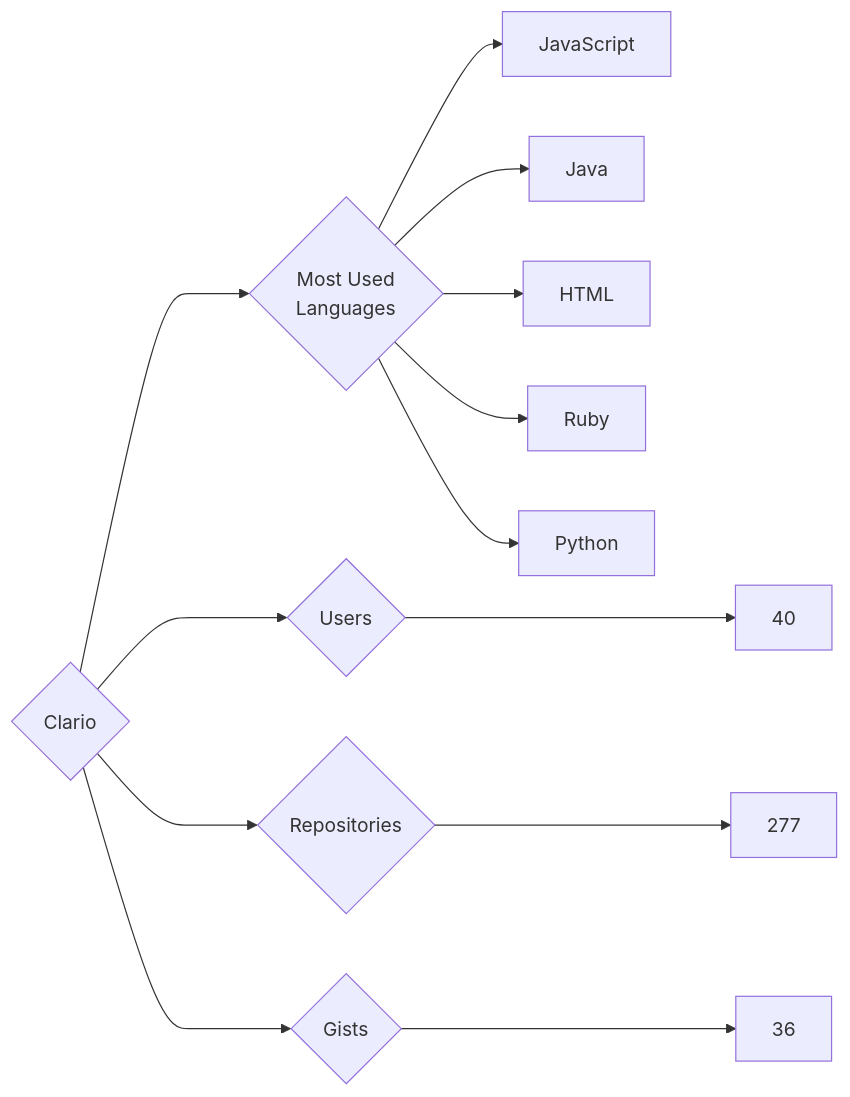
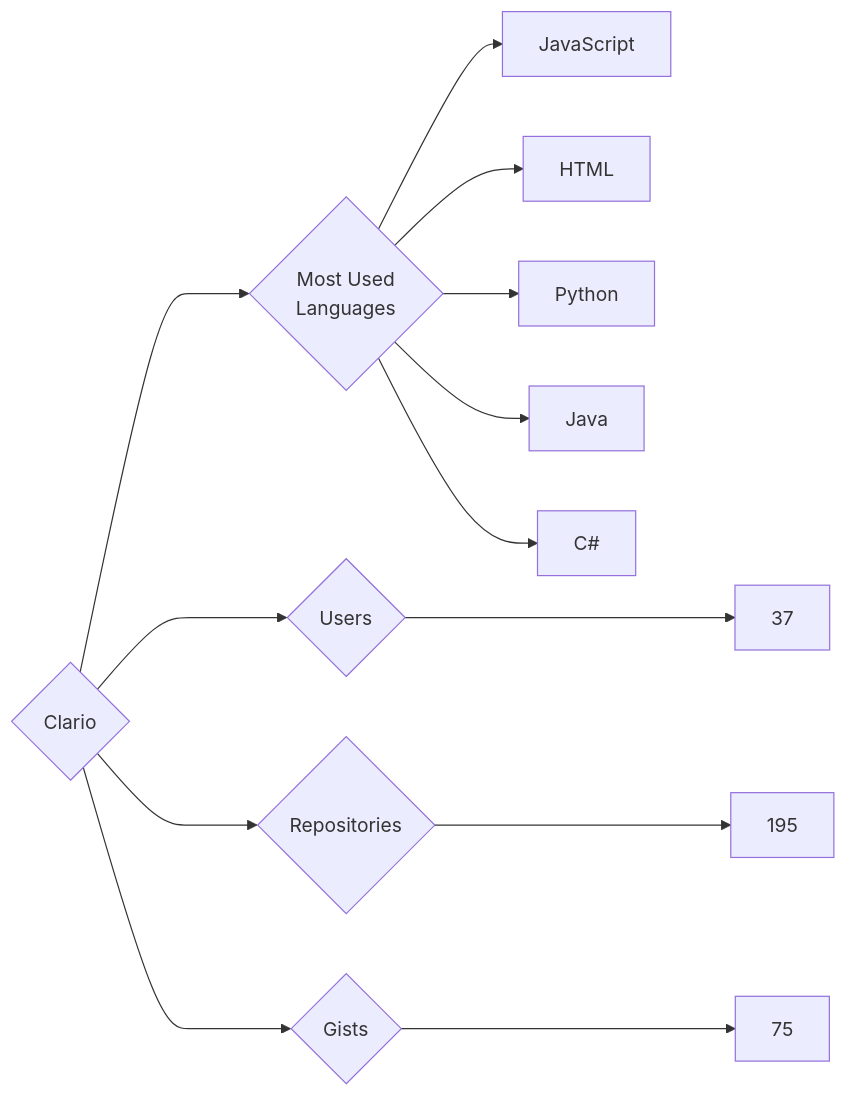
The diagram in targets/Clario/README.md (trickest/insiders), drawn with Mermaid before and after one commit. The commit also changed 951 other files, not shown here.

````diff
--- a/targets/Clario/README.md
+++ b/targets/Clario/README.md
@@ -3,13 +3,13 @@
 ```mermaid
 graph LR
 COMPANY_NAME{Clario}
-COMPANY_NAME ---> U{Users} ---> UN[40]
-COMPANY_NAME ---> R{Repositories} ---> RN[277]
-COMPANY_NAME ---> G{Gists} ---> GN[36]
+COMPANY_NAME ---> U{Users} ---> UN[37]
+COMPANY_NAME ---> R{Repositories} ---> RN[195]
+COMPANY_NAME ---> G{Gists} ---> GN[75]
 COMPANY_NAME ---> ML{Most Used<br>Languages}
-ML --> JavaScript
-ML --> Java
-ML --> HTML
-ML --> Ruby
-ML --> Python
+ML --> JavaScript[JavaScript]
+ML --> HTML[HTML]
+ML --> Python[Python]
+ML --> Java[Java]
+ML --> C#[C#]
 ```
````
